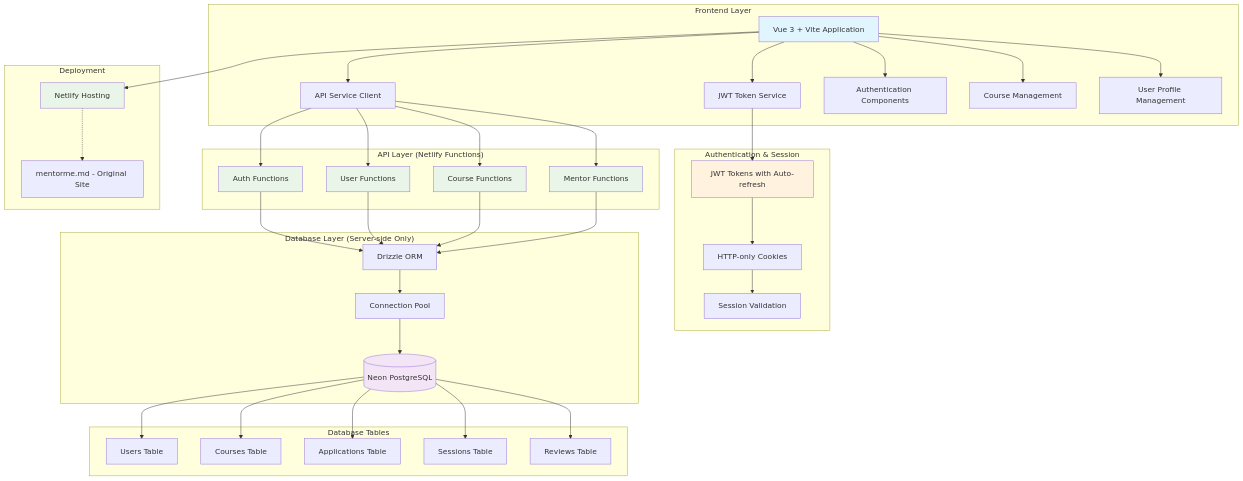
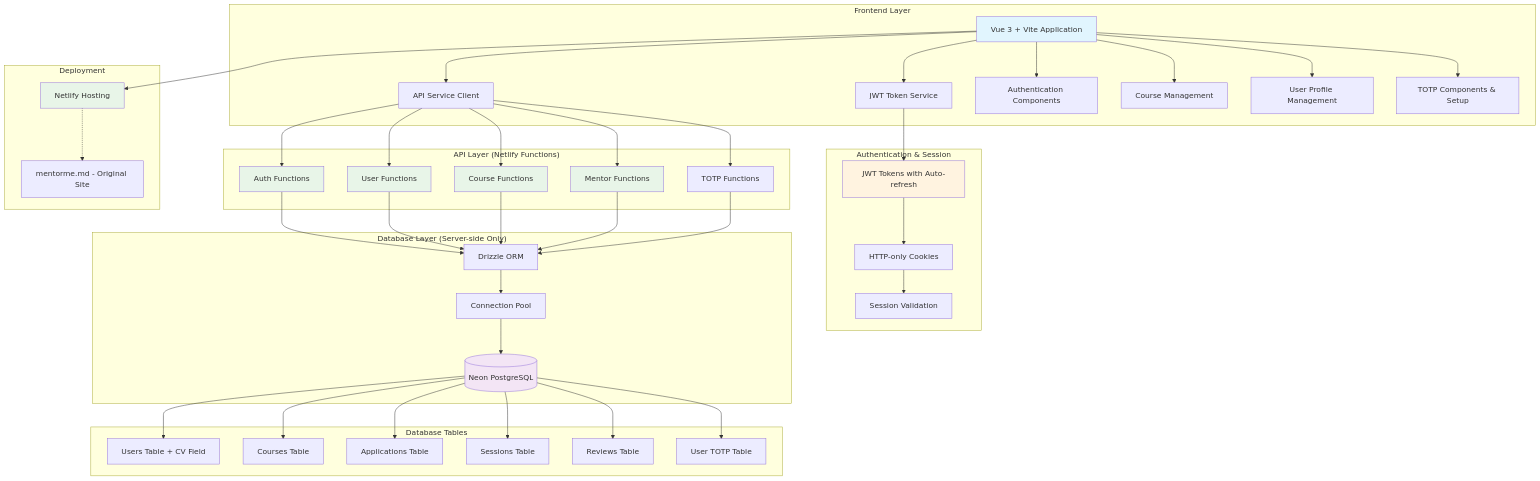
Before and after one commit to v613/mentornet: the diagram in README.md, drawn with Mermaid. The commit also changed other lines of this file and 23 other files, not shown here.

```diff
--- a/README.md
+++ b/README.md
@@ -54,6 +60,7 @@
         D[Authentication Components]
         E[Course Management]
         F[User Profile Management]
+        TF[TOTP Components & Setup]
     end
     
     subgraph "API Layer (Netlify Functions)"
@@ -61,6 +68,7 @@
         H[User Functions]
         I[Course Functions]
         J[Mentor Functions]
+        TG[TOTP Functions]
     end
     
     subgraph "Authentication & Session"
@@ -76,11 +84,12 @@
     end
     
     subgraph "Database Tables"
-        Q[Users Table]
+        Q[Users Table + CV Field]
         R[Courses Table]
         S[Applications Table]
         T[Sessions Table]
         U[Reviews Table]
+        VT[User TOTP Table]
     end
     
     subgraph "Deployment"
@@ -93,11 +102,13 @@
     A --> D
     A --> E
     A --> F
+    A --> TF
     
     C --> G
     C --> H
     C --> I
     C --> J
+    C --> TG
     
     B --> K
     K --> L
@@ -107,6 +118,7 @@
     H --> O
     I --> O
     J --> O
+    TG --> O
     
     O --> P
     P --> N
@@ -116,6 +128,7 @@
     N --> S
     N --> T
     N --> U
+    N --> VT
     
     A --> V
     V -.-> W
```
